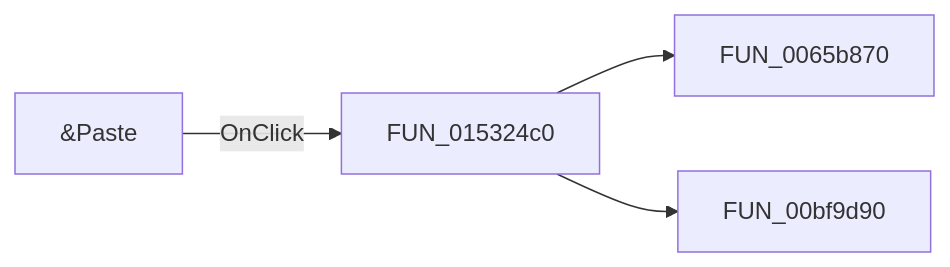
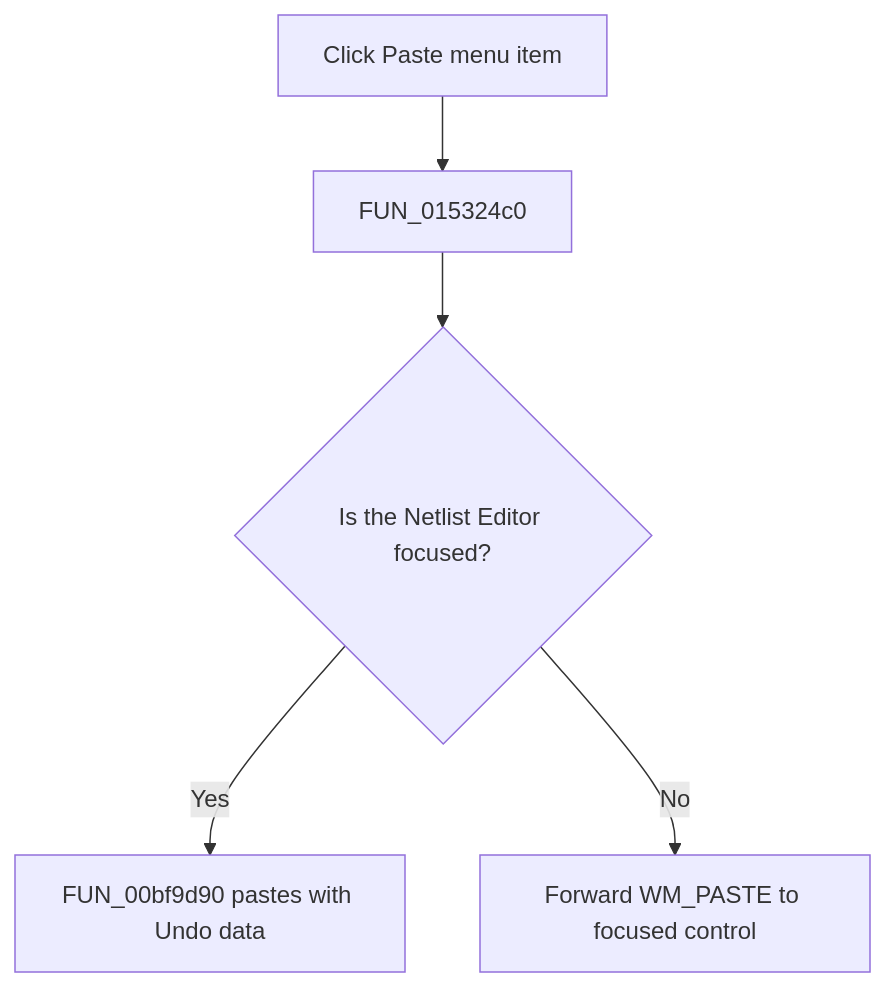
One commit to MovGP0/TIARA changed the diagram in docs/ui-controls/netlisteditor/mipaste-ad161aa012.md. Above: the diagram before and after it, drawn with Mermaid. The commit also changed other lines of this file and 1062 other files, not shown here.

````diff
--- a/docs/ui-controls/netlisteditor/mipaste-ad161aa012.md
+++ b/docs/ui-controls/netlisteditor/mipaste-ad161aa012.md
@@ -27,6 +29,7 @@
 ```mermaid
-flowchart LR
-    control["&Paste"] -->|OnClick| handler["FUN_015324c0"]
-    handler --> call1["FUN_0065b870"]
-    handler --> call2["FUN_00bf9d90"]
+flowchart TD
+    control["Click Paste menu item"] --> handler["FUN_015324c0"]
+    handler --> focus{"Is the Netlist Editor focused?"}
+    focus -->|Yes| editor["FUN_00bf9d90 pastes with Undo data"]
+    focus -->|No| forward["Forward WM_PASTE to focused control"]
 ```
````
